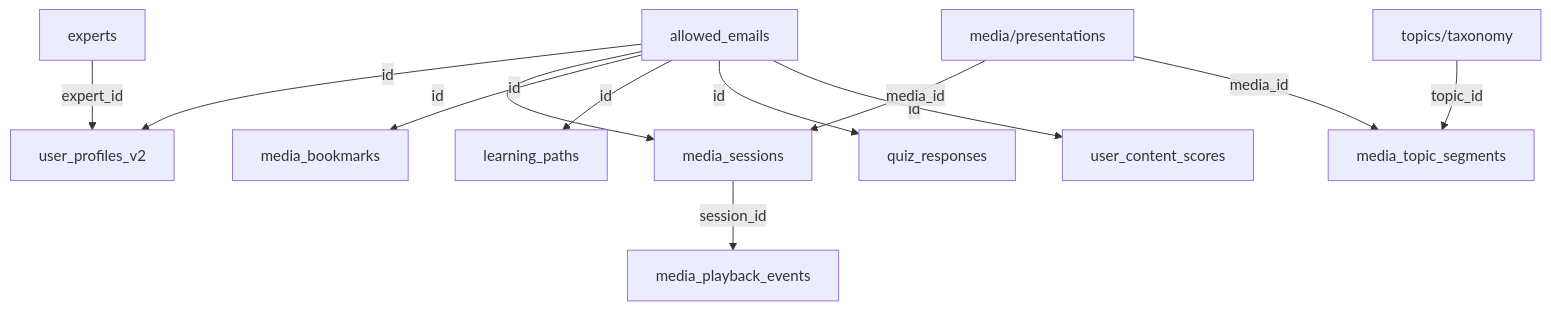
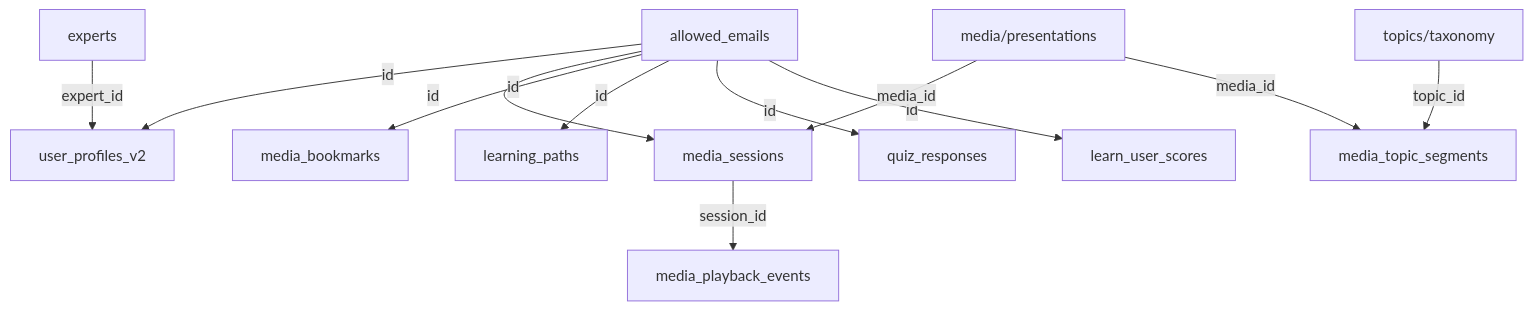
The diagram in docs/technical-specs/unified-learning-platform-architecture.md (raybunnage/dhg-mono), drawn with Mermaid before and after one commit. The commit also changed other lines of this file and 12 other files, not shown here.

````diff
--- a/docs/technical-specs/unified-learning-platform-architecture.md
+++ b/docs/technical-specs/unified-learning-platform-architecture.md
@@ -186,16 +186,16 @@
 ```mermaid
 graph TD
     A[allowed_emails] -->|id| B[user_profiles_v2]
     A -->|id| C[media_sessions]
     C -->|session_id| D[media_playback_events]
     A -->|id| E[media_bookmarks]
     A -->|id| F[learning_paths]
     A -->|id| G[quiz_responses]
-    A -->|id| H[user_content_scores]
+    A -->|id| H[learn_user_scores]
     
     I[media/presentations] -->|media_id| C
     I -->|media_id| J[media_topic_segments]
     
     K[experts] -->|expert_id| B
     L[topics/taxonomy] -->|topic_id| J
 ```
````
